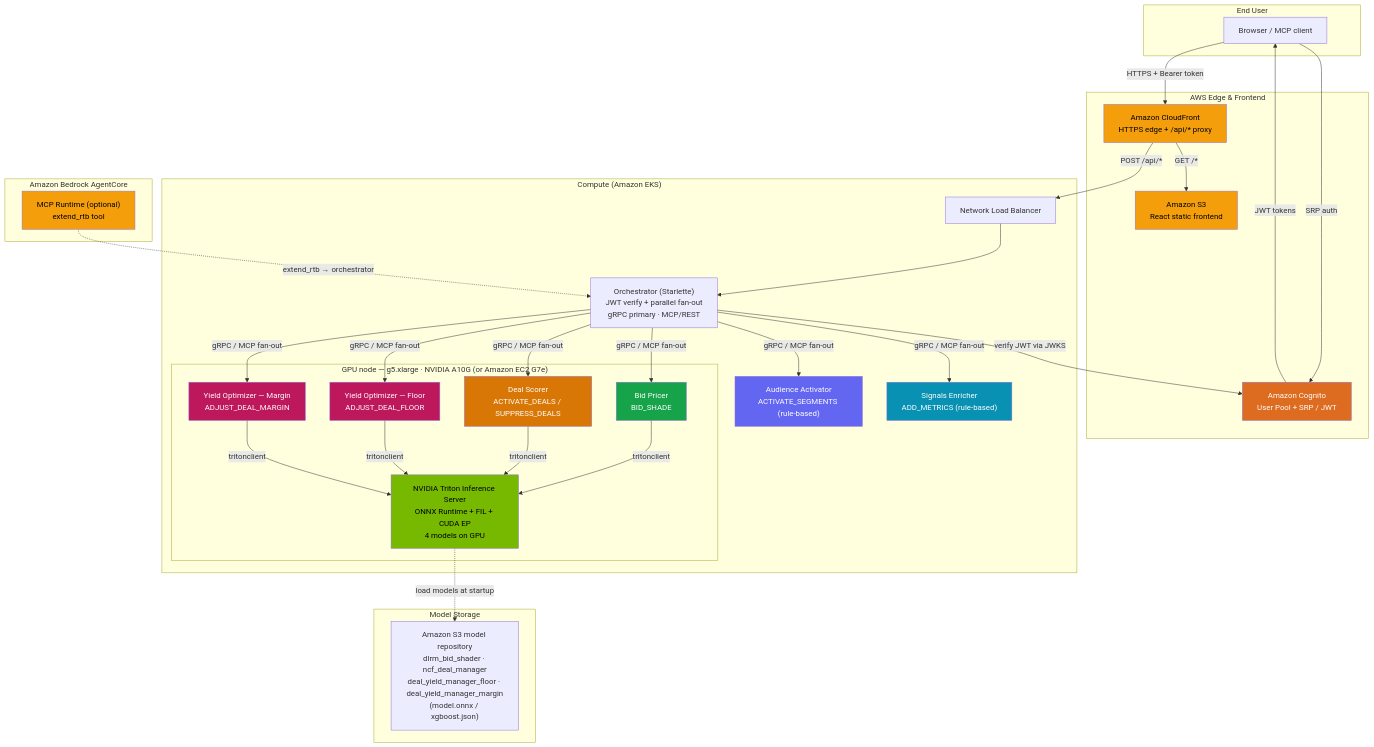
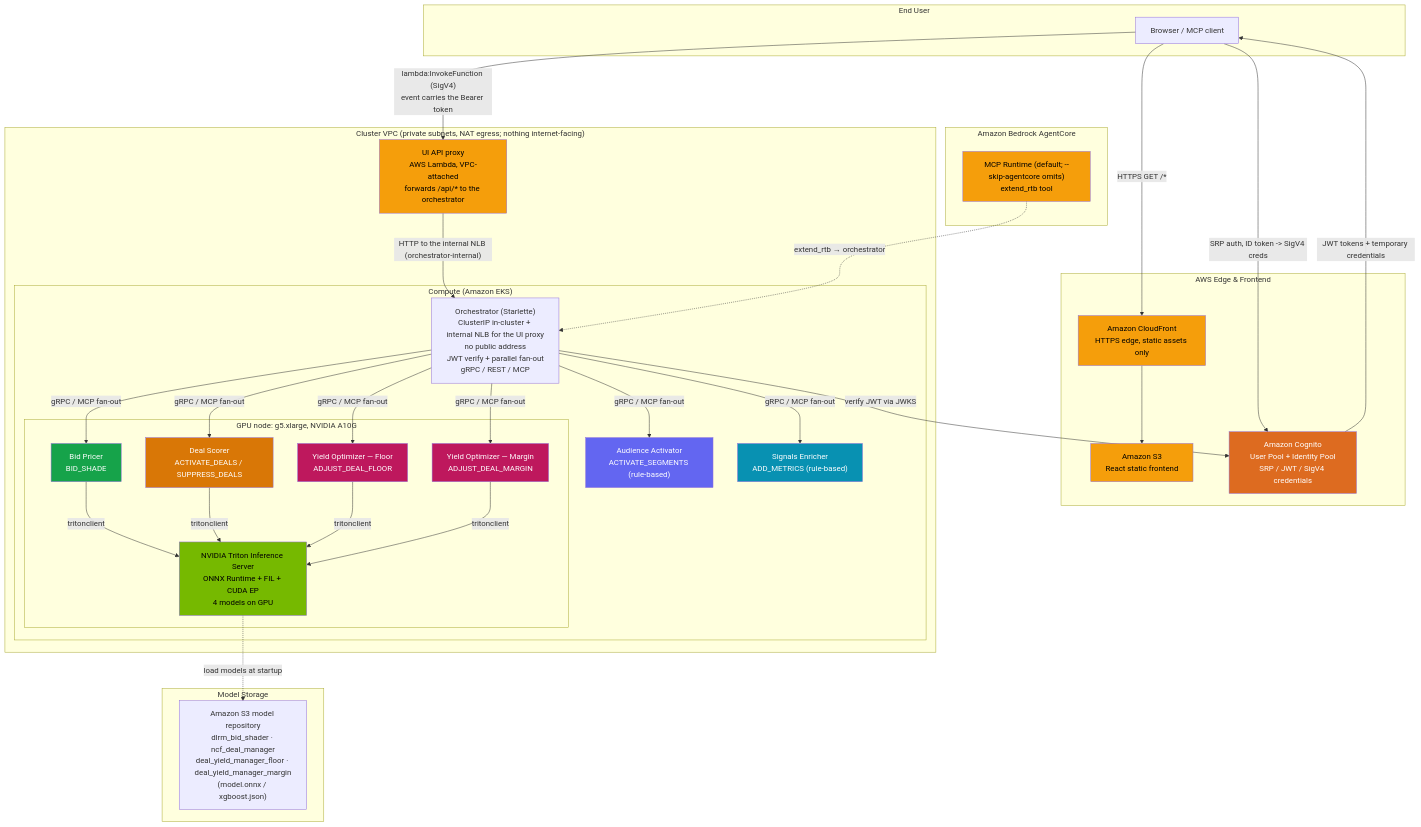
One commit to aws-solutions-library-samples/guidance-for-accelerator-optimized-agentic-bidding-on-aws changed the diagram in assets/images/architecture.md. Above: the diagram before and after it, drawn with Mermaid. The commit also changed other lines of this file and 148 other files, not shown here.

````diff
--- a/assets/images/architecture.md
+++ b/assets/images/architecture.md
@@ -66,68 +69,72 @@
 ```mermaid
 graph TB
     subgraph User["End User"]
         Browser["Browser / MCP client"]
     end
 
     subgraph Edge["AWS Edge & Frontend"]
-        CF["Amazon CloudFront<br/>HTTPS edge + /api/* proxy"]
+        CF["Amazon CloudFront<br/>HTTPS edge, static assets only"]
         S3F["Amazon S3<br/>React static frontend"]
-        COG["Amazon Cognito<br/>User Pool + SRP / JWT"]
+        COG["Amazon Cognito<br/>User Pool + Identity Pool<br/>SRP / JWT / SigV4 credentials"]
     end
 
+    subgraph VPC["Cluster VPC (private subnets, NAT egress; nothing internet-facing)"]
+        PROXY["UI API proxy<br/>AWS Lambda, VPC-attached<br/>forwards /api/* to the orchestrator"]
+
     subgraph EKS["Compute (Amazon EKS)"]
-        NLB["Network Load Balancer"]
-        ORCH["Orchestrator (Starlette)<br/>JWT verify + parallel fan-out<br/>gRPC primary · MCP/REST"]
+        ORCH["Orchestrator (Starlette)<br/>ClusterIP in-cluster + internal NLB for the UI proxy<br/>no public address<br/>JWT verify + parallel fan-out<br/>gRPC / REST / MCP"]
 
-        subgraph GPU["GPU node — g5.xlarge · NVIDIA A10G (or Amazon EC2 G7e)"]
+        subgraph GPU["GPU node: g5.xlarge, NVIDIA A10G"]
             TRITON["NVIDIA Triton Inference Server<br/>ONNX Runtime + FIL + CUDA EP<br/>4 models on GPU"]
             DLRM_C["Bid Pricer<br/>BID_SHADE"]
             NCF_C["Deal Scorer<br/>ACTIVATE_DEALS / SUPPRESS_DEALS"]
             YIELD_F["Yield Optimizer — Floor<br/>ADJUST_DEAL_FLOOR"]
             YIELD_M["Yield Optimizer — Margin<br/>ADJUST_DEAL_MARGIN"]
         end
 
         WD_C["Audience Activator<br/>ACTIVATE_SEGMENTS (rule-based)"]
         MET_C["Signals Enricher<br/>ADD_METRICS (rule-based)"]
     end
+    end
 
     subgraph Models["Model Storage"]
         S3M["Amazon S3 model repository<br/>dlrm_bid_shader · ncf_deal_manager<br/>deal_yield_manager_floor · deal_yield_manager_margin<br/>(model.onnx / xgboost.json)"]
     end
 
     subgraph Bedrock["Amazon Bedrock AgentCore"]
-        AC["MCP Runtime (optional)<br/>extend_rtb tool"]
+        AC["MCP Runtime (default; --skip-agentcore omits)<br/>extend_rtb tool"]
     end
 
-    Browser -->|"SRP auth"| COG
-    COG -->|"JWT tokens"| Browser
-    Browser -->|"HTTPS + Bearer token"| CF
-    CF -->|"GET /*"| S3F
-    CF -->|"POST /api/*"| NLB
-    NLB --> ORCH
+    Browser -->|"SRP auth, ID token -> SigV4 creds"| COG
+    COG -->|"JWT tokens + temporary credentials"| Browser
+    Browser -->|"HTTPS GET /*"| CF
+    CF --> S3F
+    Browser -->|"lambda:InvokeFunction (SigV4)<br/>event carries the Bearer token"| PROXY
+    PROXY -->|"HTTP to the internal NLB (orchestrator-internal)"| ORCH
     ORCH -->|"verify JWT via JWKS"| COG
     ORCH -->|"gRPC / MCP fan-out"| DLRM_C
     ORCH -->|"gRPC / MCP fan-out"| WD_C
     ORCH -->|"gRPC / MCP fan-out"| NCF_C
     ORCH -->|"gRPC / MCP fan-out"| MET_C
     ORCH -->|"gRPC / MCP fan-out"| YIELD_F
     ORCH -->|"gRPC / MCP fan-out"| YIELD_M
     DLRM_C -->|"tritonclient"| TRITON
     NCF_C -->|"tritonclient"| TRITON
     YIELD_F -->|"tritonclient"| TRITON
     YIELD_M -->|"tritonclient"| TRITON
     TRITON -.->|"load models at startup"| S3M
     AC -.->|"extend_rtb → orchestrator"| ORCH
 
     style TRITON fill:#76b900,color:#000
     style DLRM_C fill:#16a34a,color:#fff
     style WD_C fill:#6366f1,color:#fff
     style NCF_C fill:#d97706,color:#fff
     style MET_C fill:#0891b2,color:#fff
     style YIELD_F fill:#be185d,color:#fff
     style YIELD_M fill:#be185d,color:#fff
     style CF fill:#f59e0b,color:#000
     style S3F fill:#f59e0b,color:#000
+    style PROXY fill:#f59e0b,color:#000
     style COG fill:#dd6b20,color:#fff
     style AC fill:#f59e0b,color:#000
 ```
````
